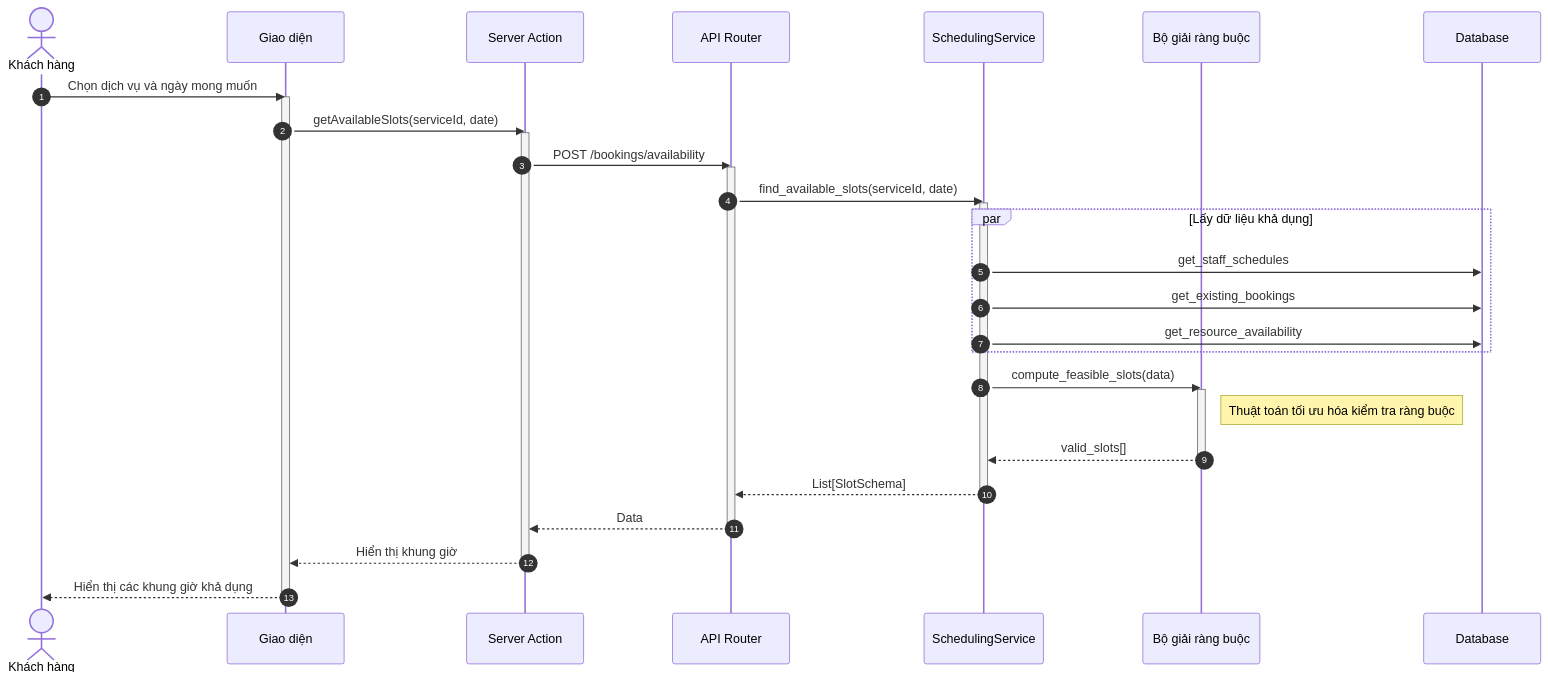
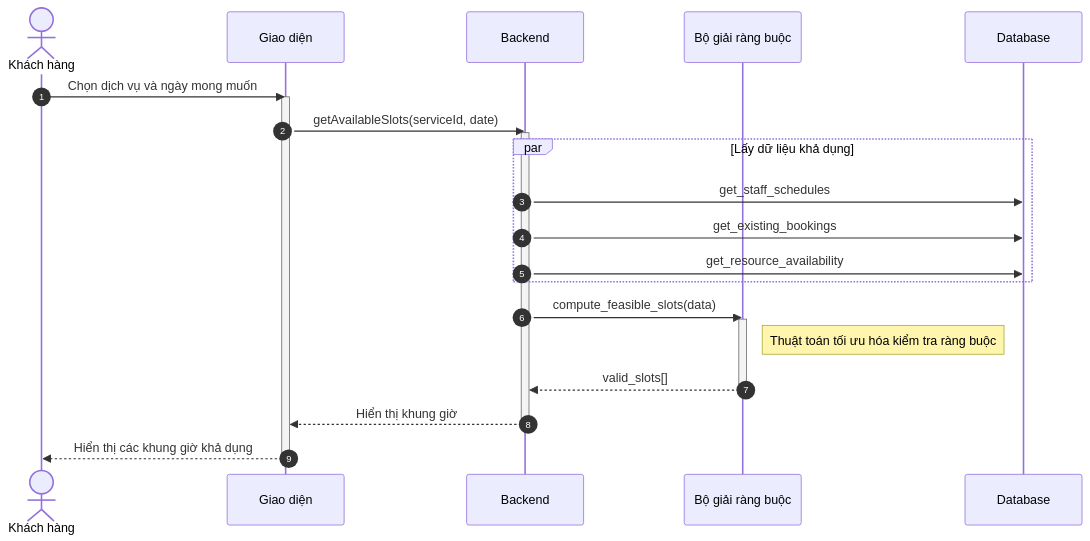
Before and after one commit to ngoctinn/Synapse: the third of 10 diagrams in docs/design/sequences/customer_flows.md, drawn with Mermaid. The commit also changed other lines of this file and 7 other files, not shown here.

Commit message:
docs: Add initial design documentation for authentication, user flows, and algorithm specification.

````diff
--- a/docs/design/sequences/customer_flows.md
+++ b/docs/design/sequences/customer_flows.md
@@ -112,46 +84,32 @@
 ```mermaid
 sequenceDiagram
     autonumber
     actor KH as Khách hàng
     participant UI as Giao diện
-    participant BFF as Server Action
-    participant API as API Router
-    participant S as SchedulingService
+    participant BE as Backend
     participant SOLVER as Bộ giải ràng buộc
     participant DB as Database
 
     KH->>UI: Chọn dịch vụ và ngày mong muốn
     activate UI
-    UI->>BFF: getAvailableSlots(serviceId, date)
-    activate BFF
-
-    BFF->>API: POST /bookings/availability
-    activate API
-
-    API->>S: find_available_slots(serviceId, date)
-    activate S
+    UI->>BE: getAvailableSlots(serviceId, date)
+    activate BE
 
     par Lấy dữ liệu khả dụng
-        S->>DB: get_staff_schedules
-        S->>DB: get_existing_bookings
-        S->>DB: get_resource_availability
+        BE->>DB: get_staff_schedules
+        BE->>DB: get_existing_bookings
+        BE->>DB: get_resource_availability
     end
 
-    S->>SOLVER: compute_feasible_slots(data)
+    BE->>SOLVER: compute_feasible_slots(data)
     activate SOLVER
     note right of SOLVER: Thuật toán tối ưu hóa kiểm tra ràng buộc
-    SOLVER-->>S: valid_slots[]
+    SOLVER-->>BE: valid_slots[]
     deactivate SOLVER
 
-    S-->>API: List[SlotSchema]
-    deactivate S
-
-    API-->>BFF: Data
-    deactivate API
-
-    BFF-->>UI: Hiển thị khung giờ
-    deactivate BFF
+    BE-->>UI: Hiển thị khung giờ
+    deactivate BE
 
     UI-->>KH: Hiển thị các khung giờ khả dụng
     deactivate UI
 ```
````
